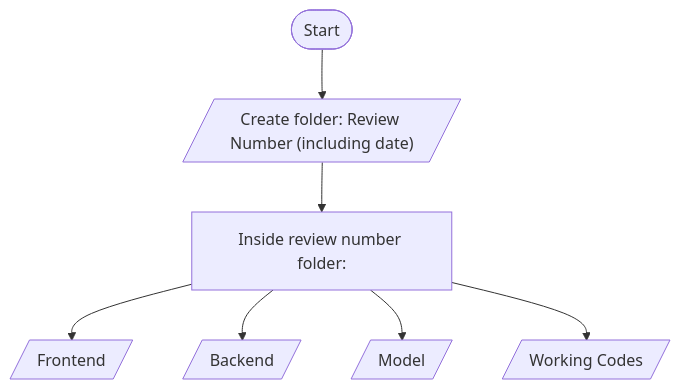
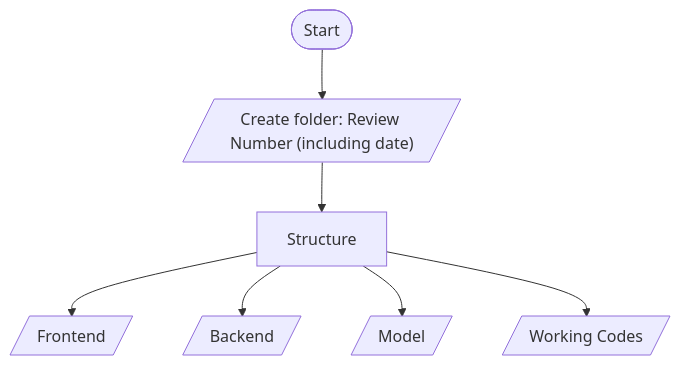
One commit to Auth0r-C0dez/FlowTron changed the diagram in README.md. Above: the diagram before and after it, drawn with Mermaid.

````diff
--- a/README.md
+++ b/README.md
@@ -8,16 +8,15 @@
 ```mermaid
 flowchart TD
     Start([Start])
     ReviewNum[/"Create folder: Review Number (including date)"/]
-    Structure["Inside review number folder:"]
     Frontend[/"Frontend"/]
     Backend[/"Backend"/]
     Model[/"Model"/]
     Final[/"Working Codes"/]
 
     Start --> ReviewNum --> Structure
     Structure --> Frontend
     Structure --> Backend
     Structure --> Model
     Structure --> Final
 ```
````
